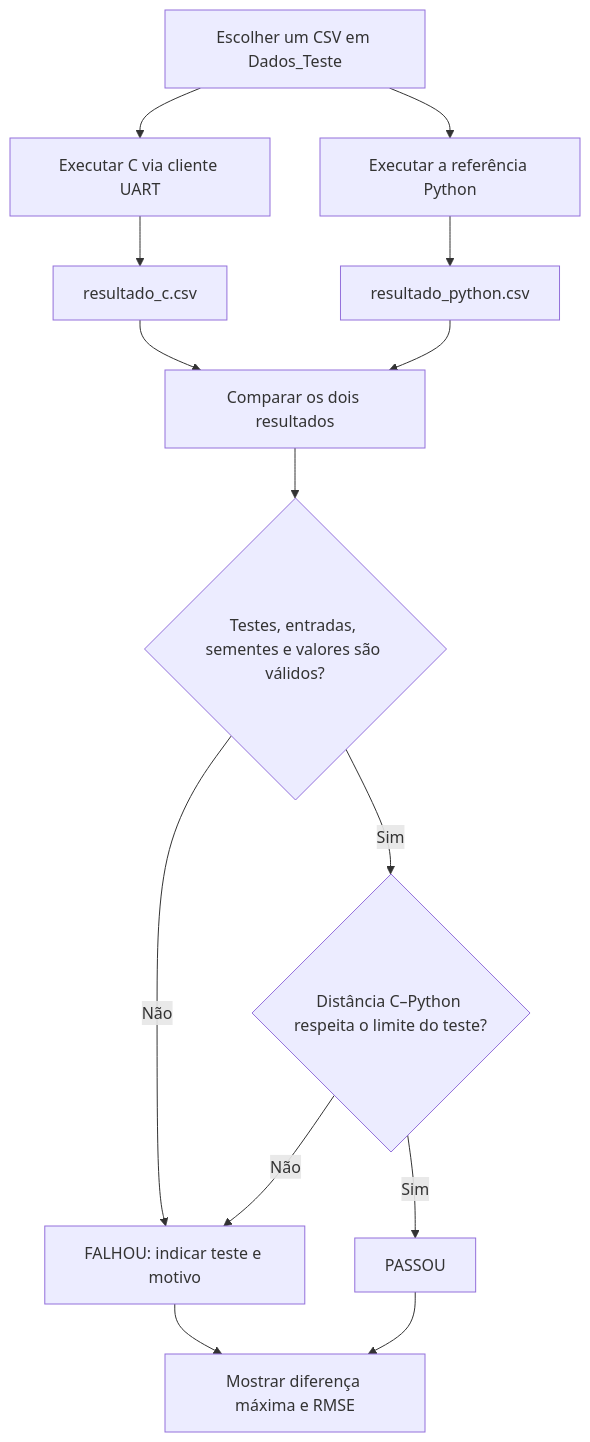
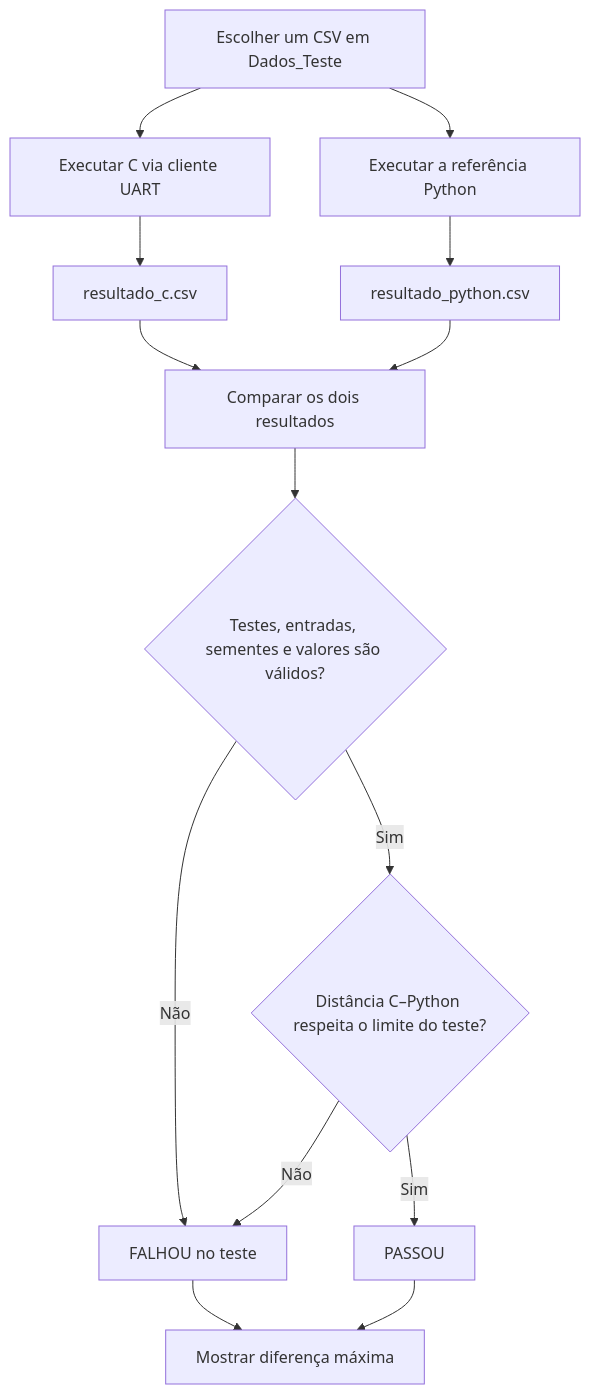
The second of 2 diagrams in docs/funcionamento-e-validacao.md (RichardBrendon/Particle-Filter), drawn with Mermaid before and after one commit. The commit also changed other lines of this file, not shown here.

````diff
--- a/docs/funcionamento-e-validacao.md
+++ b/docs/funcionamento-e-validacao.md
@@ -31,16 +31,16 @@
 ```mermaid
 flowchart TD
     A[Escolher um CSV em Dados_Teste] --> B[Executar C via cliente UART]
     A --> C[Executar a referência Python]
     B --> D[resultado_c.csv]
     C --> E[resultado_python.csv]
     D --> F[Comparar os dois resultados]
     E --> F
     F --> G{Testes, entradas, sementes e valores são válidos?}
-    G -- Não --> H[FALHOU: indicar teste e motivo]
+    G -- Não --> H[FALHOU no teste]
     G -- Sim --> I{Distância C–Python respeita o limite do teste?}
     I -- Não --> H
     I -- Sim --> J[PASSOU]
-    H --> K[Mostrar diferença máxima e RMSE]
+    H --> K[Mostrar diferença máxima]
     J --> K
 ```
````
